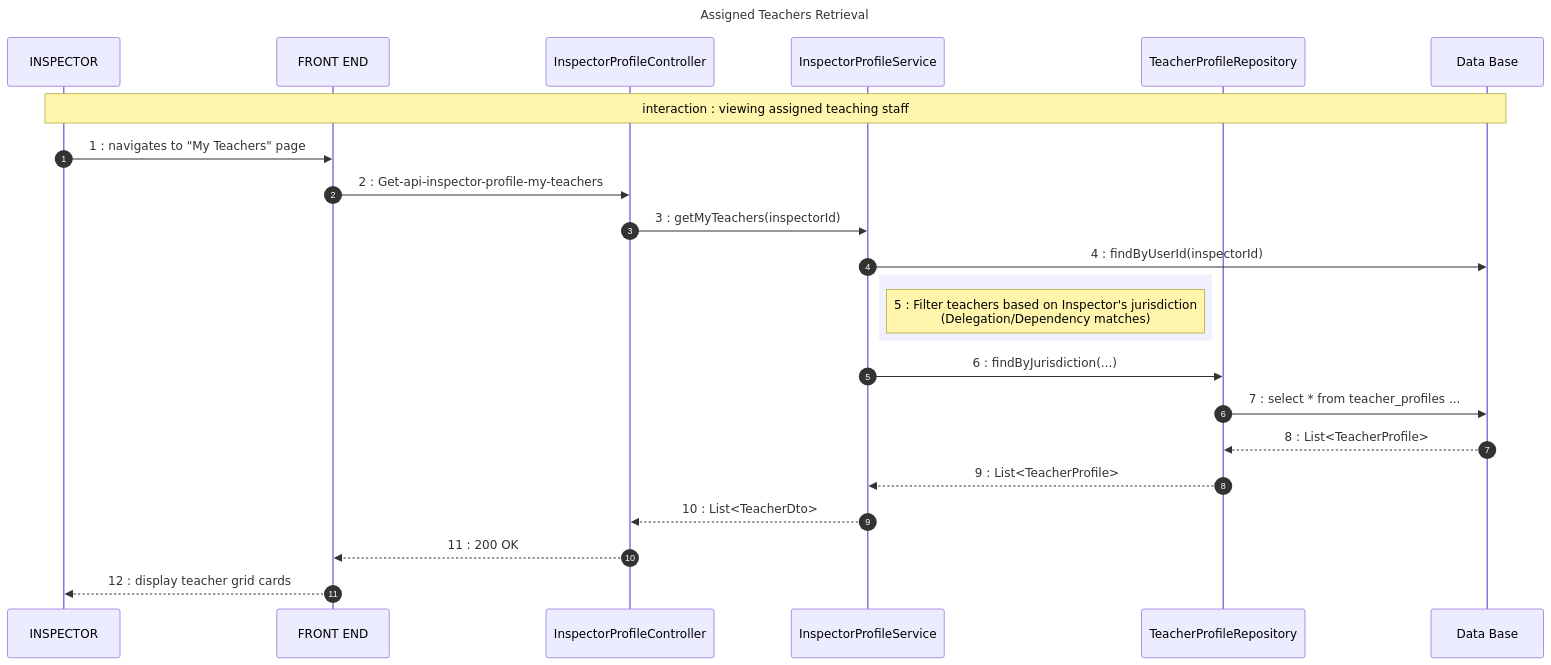
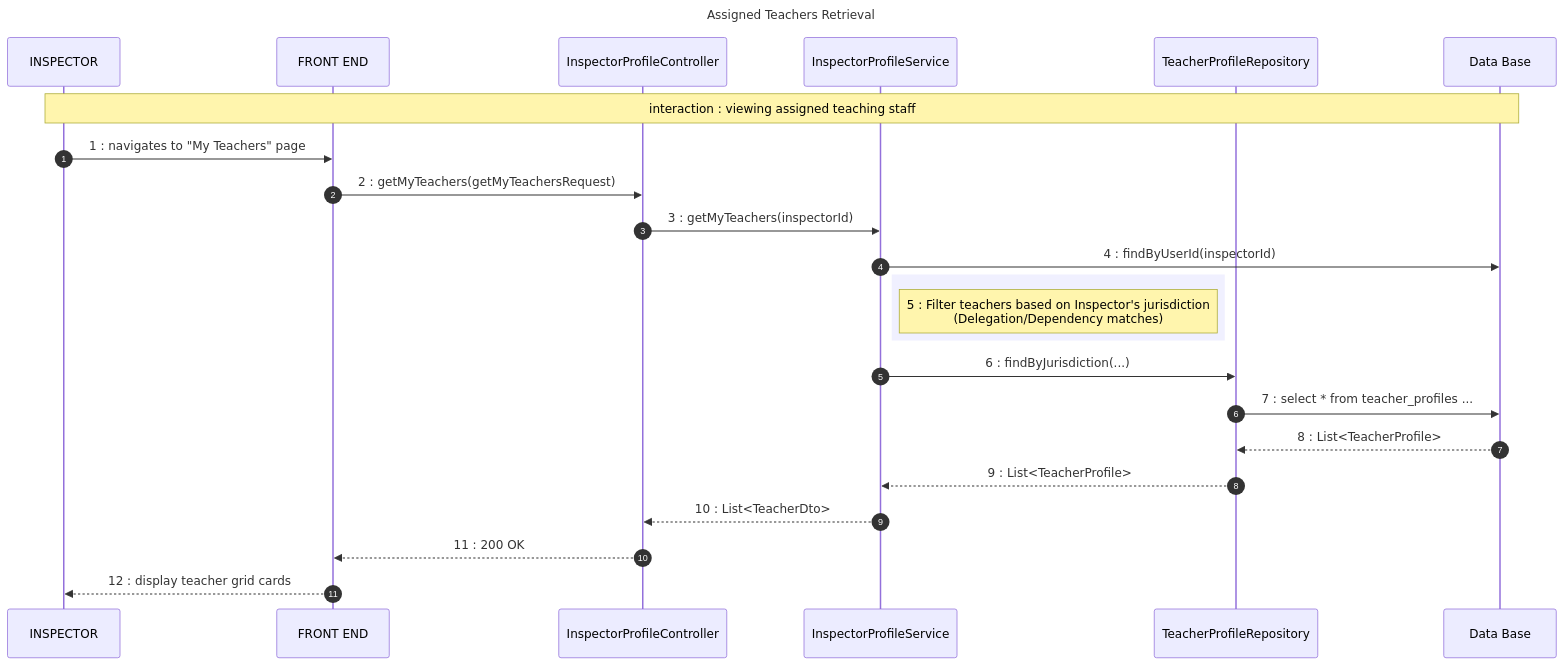
Before and after one commit to chbichibsofiene/inspector: the first of 2 diagrams in uml_diagrams/teacher_management_sequence.md, drawn with Mermaid. The commit also changed other lines of this file and 41 other files, not shown here.

Commit message:
feat: Sprint 4 - Communication & Analytics | updated UML diagrams, class diagrams (StarUML), Messenger service fixes, Docker configs, and documentation

````diff
--- a/uml_diagrams/teacher_management_sequence.md
+++ b/uml_diagrams/teacher_management_sequence.md
@@ -7,30 +7,30 @@
 ```mermaid
 sequenceDiagram
     title: Assigned Teachers Retrieval
     autonumber
     participant USER as INSPECTOR
     participant FE as FRONT END
     participant IPC as InspectorProfileController
     participant IPS as InspectorProfileService
     participant TPR as TeacherProfileRepository
     participant DB as Data Base
 
     Note over USER, DB: interaction : viewing assigned teaching staff
 
     USER->>FE: 1 : navigates to "My Teachers" page
-    FE->>IPC: 2 : Get-api-inspector-profile-my-teachers
+    FE->>IPC: 2 : getMyTeachers(getMyTeachersRequest)
     IPC->>IPS: 3 : getMyTeachers(inspectorId)
     IPS->>DB: 4 : findByUserId(inspectorId)
     
     rect rgb(240, 240, 255)
         Note right of IPS: 5 : Filter teachers based on Inspector's jurisdiction<br/>(Delegation/Dependency matches)
     end
     
     IPS->>TPR: 6 : findByJurisdiction(...)
     TPR->>DB: 7 : select * from teacher_profiles ...
     DB-->>TPR: 8 : List<TeacherProfile>
     TPR-->>IPS: 9 : List<TeacherProfile>
     IPS-->>IPC: 10 : List<TeacherDto>
     IPC-->>FE: 11 : 200 OK
     FE-->>USER: 12 : display teacher grid cards
 ```
````
